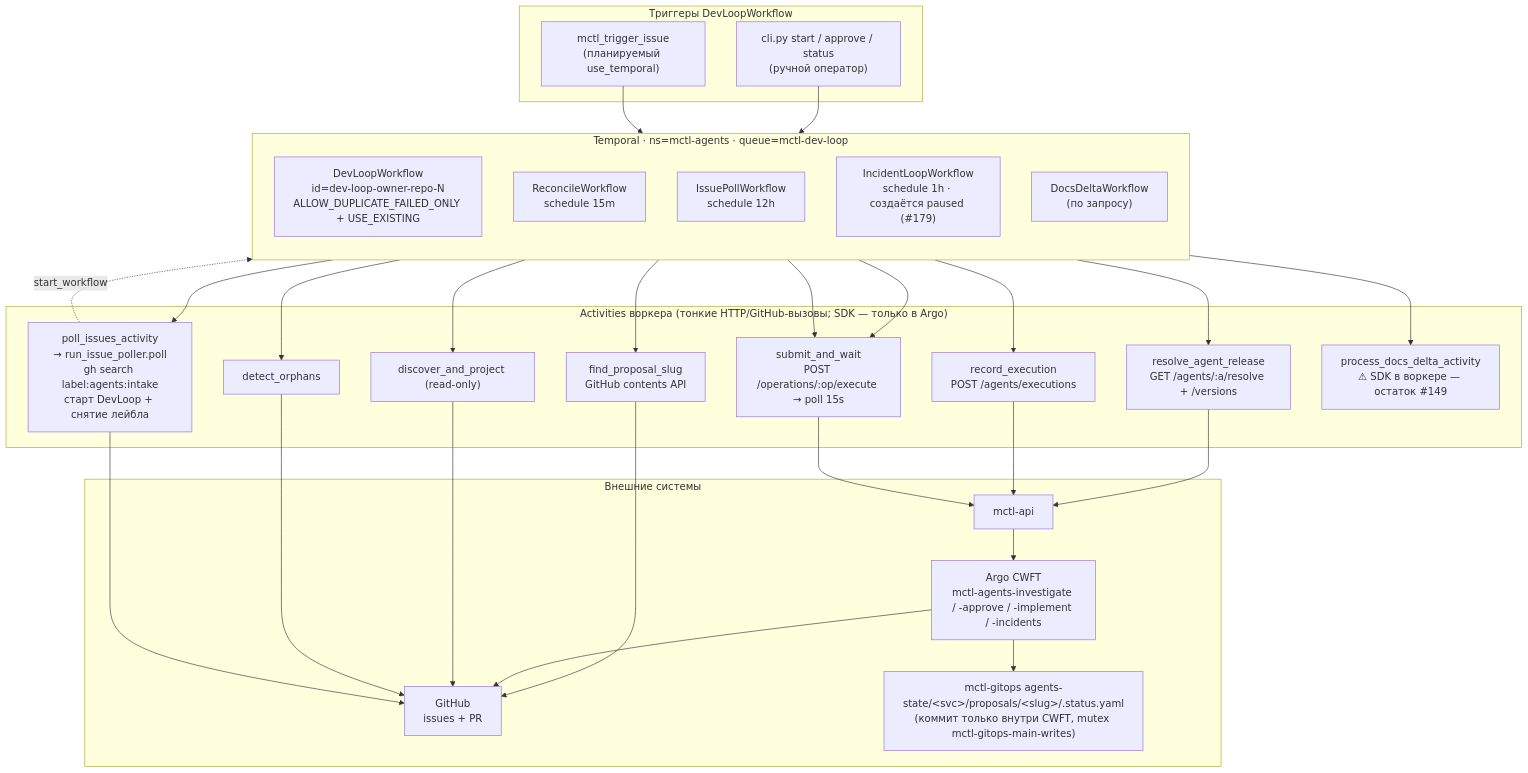
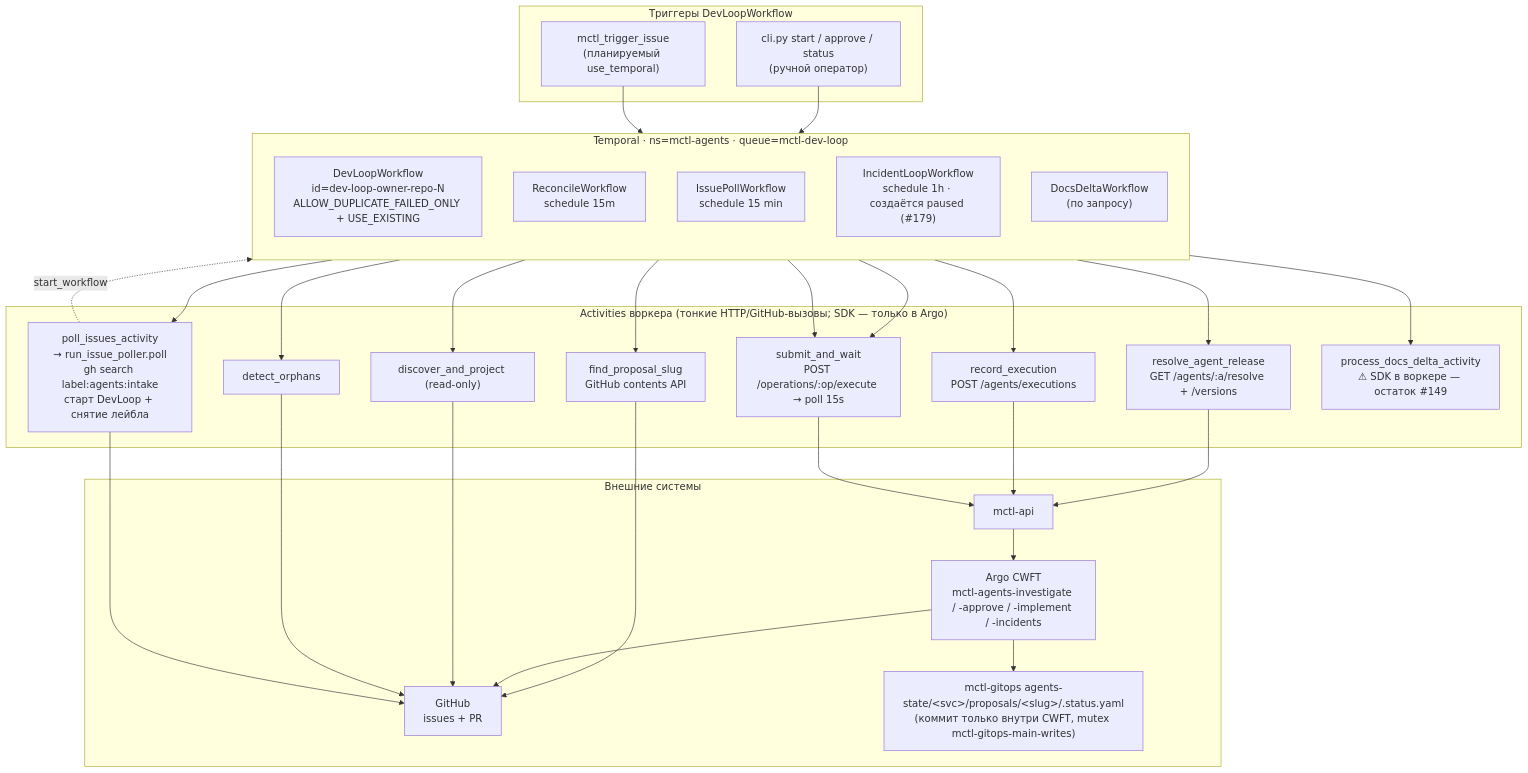
The first of 4 diagrams in docs/temporal-flow.md (mctlhq/mctl-agents), drawn with Mermaid before and after one commit. The commit also changed other lines of this file and 4 other files, not shown here.

````diff
--- a/docs/temporal-flow.md
+++ b/docs/temporal-flow.md
@@ -14,58 +14,58 @@
 ```mermaid
 flowchart TB
     subgraph TRIG["Триггеры DevLoopWorkflow"]
         CLI["cli.py start / approve / status<br/>(ручной оператор)"]
         MCP["mctl_trigger_issue<br/>(планируемый use_temporal)"]
     end
 
     subgraph TMP["Temporal · ns=mctl-agents · queue=mctl-dev-loop"]
         direction TB
         DEV["DevLoopWorkflow<br/>id=dev-loop-owner-repo-N<br/>ALLOW_DUPLICATE_FAILED_ONLY + USE_EXISTING"]
         REC["ReconcileWorkflow<br/>schedule 15m"]
-        ISS["IssuePollWorkflow<br/>schedule 12h"]
+        ISS["IssuePollWorkflow<br/>schedule 15 min"]
         INC["IncidentLoopWorkflow<br/>schedule 1h · создаётся paused (#179)"]
         DOC["DocsDeltaWorkflow<br/>(по запросу)"]
     end
 
     subgraph ACT["Activities воркера (тонкие HTTP/GitHub-вызовы; SDK — только в Argo)"]
         RES["resolve_agent_release<br/>GET /agents/:a/resolve + /versions"]
         SUB["submit_and_wait<br/>POST /operations/:op/execute → poll 15s"]
         RECD["record_execution<br/>POST /agents/executions"]
         FPS["find_proposal_slug<br/>GitHub contents API"]
         DISC["discover_and_project (read-only)"]
         ORPH["detect_orphans"]
         IPA["poll_issues_activity<br/>→ run_issue_poller.poll<br/>gh search label:agents:intake<br/>старт DevLoop + снятие лейбла"]
         DDA["process_docs_delta_activity<br/>⚠ SDK в воркере — остаток #149"]
     end
 
     subgraph EXT["Внешние системы"]
         API["mctl-api"]
         ARGO["Argo CWFT<br/>mctl-agents-investigate / -approve / -implement / -incidents"]
         GH["GitHub<br/>issues + PR"]
         GITOPS["mctl-gitops agents-state/&lt;svc&gt;/proposals/&lt;slug&gt;/.status.yaml<br/>(коммит только внутри CWFT, mutex mctl-gitops-main-writes)"]
     end
 
     CLI --> DEV
     MCP --> DEV
     ISS --> IPA
     IPA -. "start_workflow" .-> DEV
 
     DEV --> RES
     DEV --> SUB
     DEV --> RECD
     DEV --> FPS
     FPS --> GH
     REC --> DISC
     REC --> ORPH
     INC --> SUB
     DOC --> DDA
 
     RES --> API
     RECD --> API
     SUB --> API --> ARGO
     ARGO --> GITOPS
     ARGO --> GH
     DISC --> GH
     ORPH --> GH
     IPA --> GH
 ```
````
